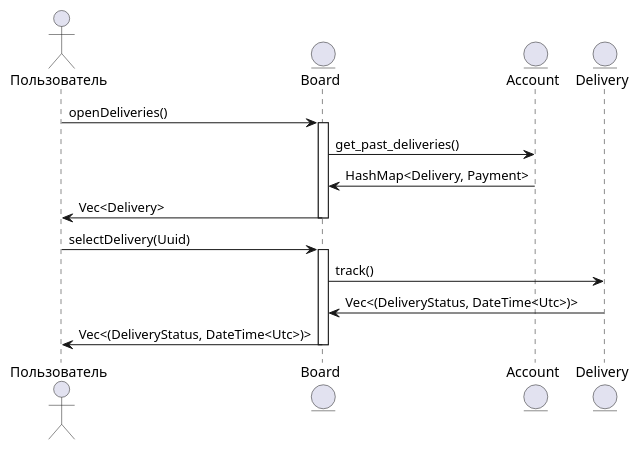
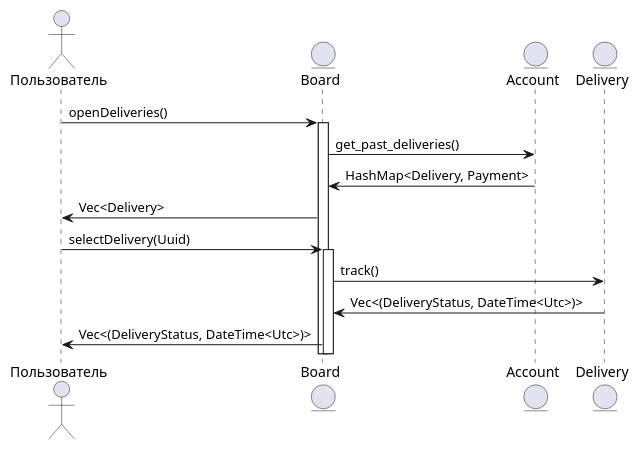
The diagram in Диаграмма последовательности Отслеживание доставки.md (penamarth/bsbo-01-22_team1_var13), drawn with PlantUML before and after one commit.

Commit message:
Update Диаграмма последовательности Отслеживание доставки.md

````diff
--- a/Диаграмма последовательности Отслеживание доставки.md
+++ b/Диаграмма последовательности Отслеживание доставки.md
@@ -1,24 +1,22 @@
 ```plantuml
 @startuml
 
 actor Пользователь
 entity Board
 entity Account
 entity Delivery
 
 Пользователь -> Board : openDeliveries()
 activate Board
 Board -> Account : get_past_deliveries()
 Board <- Account : HashMap<Delivery, Payment>
 Пользователь <- Board : Vec<Delivery>
-deactivate Board
 
 Пользователь -> Board : selectDelivery(Uuid)
 activate Board
 Board -> Delivery : track()
 Board <- Delivery : Vec<(DeliveryStatus, DateTime<Utc>)>
 Пользователь <- Board : Vec<(DeliveryStatus, DateTime<Utc>)>
-deactivate Board
 
 @enduml
 ```
````
